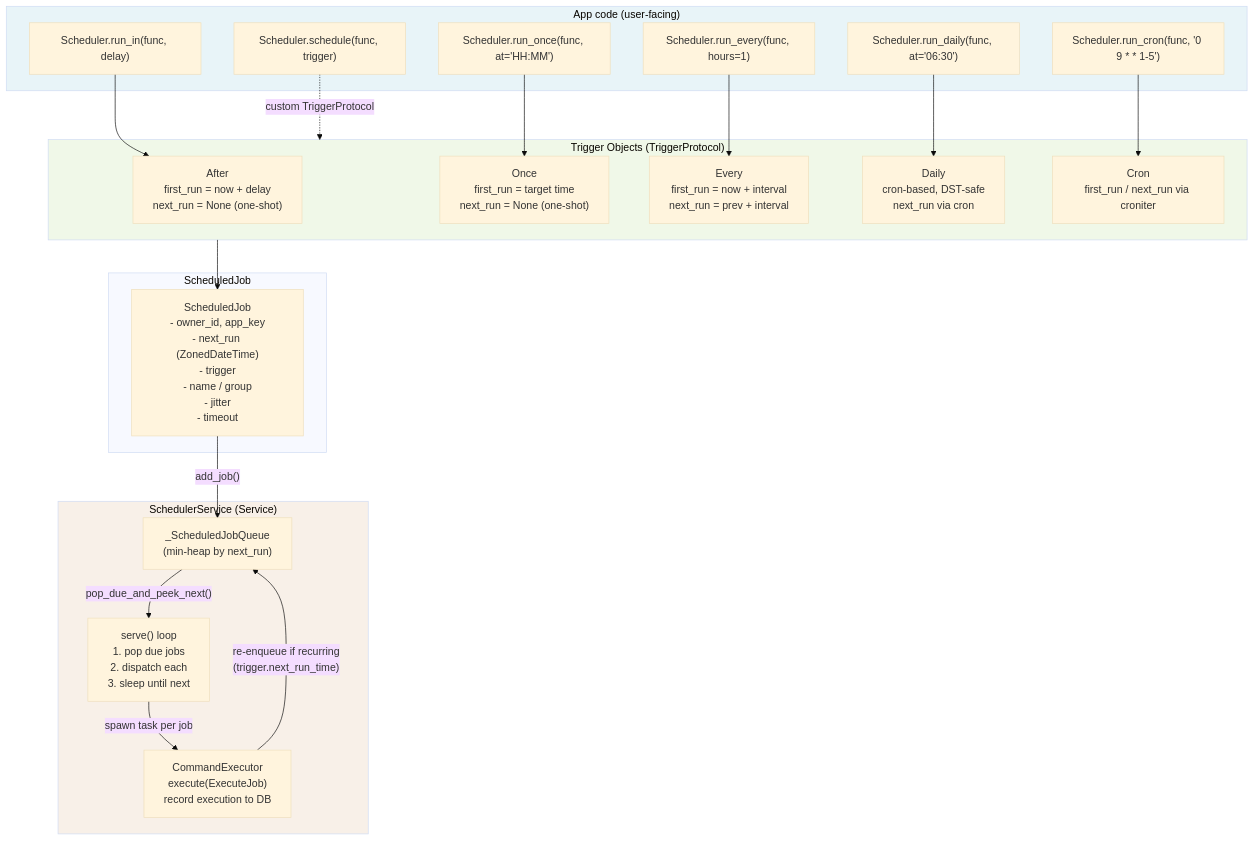
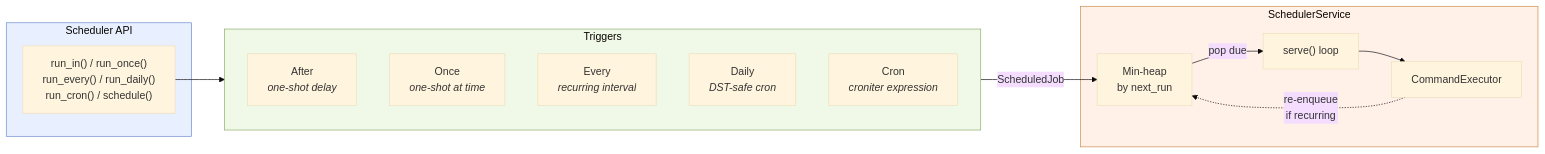
The sixth of 10 diagrams in docs/pages/core-concepts/internals.md (NodeJSmith/hassette), drawn with Mermaid (base theme) before and after one commit. The commit also changed other lines of this file, not shown here.

First line of the commit message:
docs: rework all architecture diagrams for readability

````diff
--- a/docs/pages/core-concepts/internals.md
+++ b/docs/pages/core-concepts/internals.md
@@ -256,48 +275,33 @@
 ```mermaid
-flowchart TD
-    accTitle: Scheduler Subsystem Internal Structure
-    accDescr: Trigger types, job management, and the scheduling loop
+flowchart LR
+    accTitle: Scheduler Job Pipeline
+    accDescr: From convenience methods through triggers to the dispatch loop
 
-    subgraph user["App code (user-facing)"]
-        M1["Scheduler.run_in(func, delay)"]
-        M2["Scheduler.run_once(func, at='HH:MM')"]
-        M3["Scheduler.run_every(func, hours=1)"]
-        M4["Scheduler.run_daily(func, at='06:30')"]
-        M5["Scheduler.run_cron(func, '0 9 * * 1-5')"]
-        M6["Scheduler.schedule(func, trigger)"]
+    subgraph api["Scheduler API"]
+        methods["run_in() / run_once()<br/>run_every() / run_daily()<br/>run_cron() / schedule()"]
     end
 
-    subgraph triggers["Trigger Objects (TriggerProtocol)"]
-        T1["After\nfirst_run = now + delay\nnext_run = None (one-shot)"]
-        T2["Once\nfirst_run = target time\nnext_run = None (one-shot)"]
-        T3["Every\nfirst_run = now + interval\nnext_run = prev + interval"]
-        T4["Daily\ncron-based, DST-safe\nnext_run via cron"]
-        T5["Cron\nfirst_run / next_run via croniter"]
+    subgraph triggers["Triggers"]
+        After["After<br/><i>one-shot delay</i>"]
+        Once["Once<br/><i>one-shot at time</i>"]
+        Every["Every<br/><i>recurring interval</i>"]
+        Daily["Daily<br/><i>DST-safe cron</i>"]
+        Cron["Cron<br/><i>croniter expression</i>"]
     end
 
-    subgraph job["ScheduledJob"]
-        J["ScheduledJob\n- owner_id, app_key\n- next_run (ZonedDateTime)\n- trigger\n- name / group\n- jitter\n- timeout"]
+    subgraph engine["SchedulerService"]
+        heap["Min-heap<br/>by next_run"]
+        loop["serve() loop"]
+        exec["CommandExecutor"]
     end
 
-    subgraph service["SchedulerService (Service)"]
-        Heap["_ScheduledJobQueue\n(min-heap by next_run)"]
-        Loop["serve() loop\n1. pop due jobs\n2. dispatch each\n3. sleep until next"]
-        CE2["CommandExecutor\nexecute(ExecuteJob)\nrecord execution to DB"]
-    end
+    methods --> triggers
+    triggers -- "ScheduledJob" --> heap
+    heap -- "pop due" --> loop
+    loop --> exec
+    exec -. "re-enqueue<br/>if recurring" .-> heap
 
-    M1 --> T1
-    M2 --> T2
-    M3 --> T3
-    M4 --> T4
-    M5 --> T5
-    M6 -.->|"custom TriggerProtocol"| triggers
-    triggers --> J
-    J -->|"add_job()"| Heap
-    Heap -->|"pop_due_and_peek_next()"| Loop
-    Loop -->|"spawn task per job"| CE2
-    CE2 -->|"re-enqueue if recurring\n(trigger.next_run_time)"| Heap
-
-    style user fill:#e8f4f8
-    style triggers fill:#f0f8e8
-    style service fill:#f8f0e8
+    style api fill:#e8f0ff,stroke:#6688cc
+    style triggers fill:#f0f8e8,stroke:#88aa66
+    style engine fill:#fff0e8,stroke:#cc8844
 ```
````
